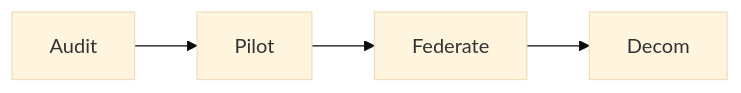
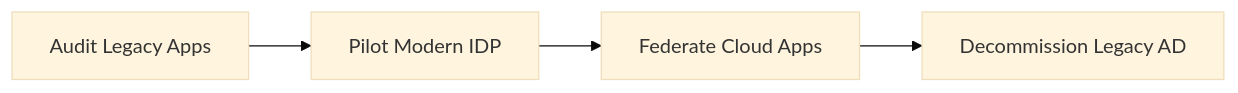
One commit to Devopstrio/identity-landingzone changed the ninth of 30 diagrams in README.md. Above: the diagram before and after it, drawn with Mermaid (base theme). The commit also changed other lines of this file, not shown here.

Commit message:
docs: finalize premium institutional-grade README with 30+ diagrams and executive summary

````diff
--- a/README.md
+++ b/README.md
@@ -90,4 +189,6 @@
 ```mermaid
 graph LR
-    Audit --> Pilot --> Federate --> Decom
+    Stage1[Audit Legacy Apps] --> Stage2[Pilot Modern IDP]
+    Stage2 --> Stage3[Federate Cloud Apps]
+    Stage3 --> Stage4[Decommission Legacy AD]
 ```
````
